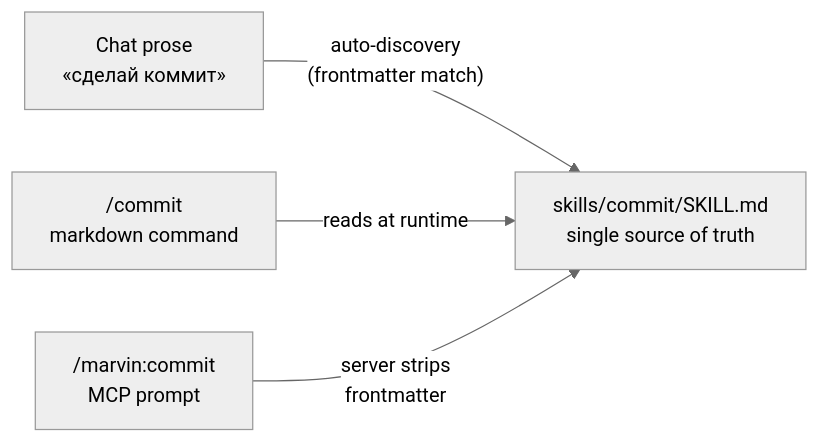
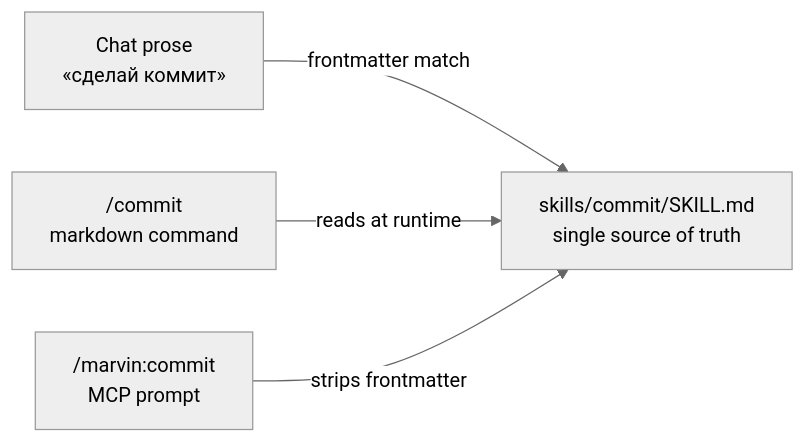
The second of 5 diagrams in docs/architecture.md (real-case/marvin-toolkit), drawn with Mermaid (neutral theme) before and after one commit. The commit also changed other lines of this file and 9 other files, not shown here.

````diff
--- a/docs/architecture.md
+++ b/docs/architecture.md
@@ -67,7 +90,7 @@
 ```mermaid
 flowchart LR
-  A["Chat prose<br/>«сделай коммит»"] -->|"auto-discovery<br/>(frontmatter match)"| S
-  B["/commit<br/>markdown command"] -->|reads at runtime| S
-  C["/marvin:commit<br/>MCP prompt"] -->|"server strips<br/>frontmatter"| S
+  A["Chat prose<br/>«сделай коммит»"] -->|"frontmatter match"| S
+  B["/commit<br/>markdown command"] -->|"reads at runtime"| S
+  C["/marvin:commit<br/>MCP prompt"] -->|"strips frontmatter"| S
   S["skills/commit/SKILL.md<br/>single source of truth"]
 ```
````
